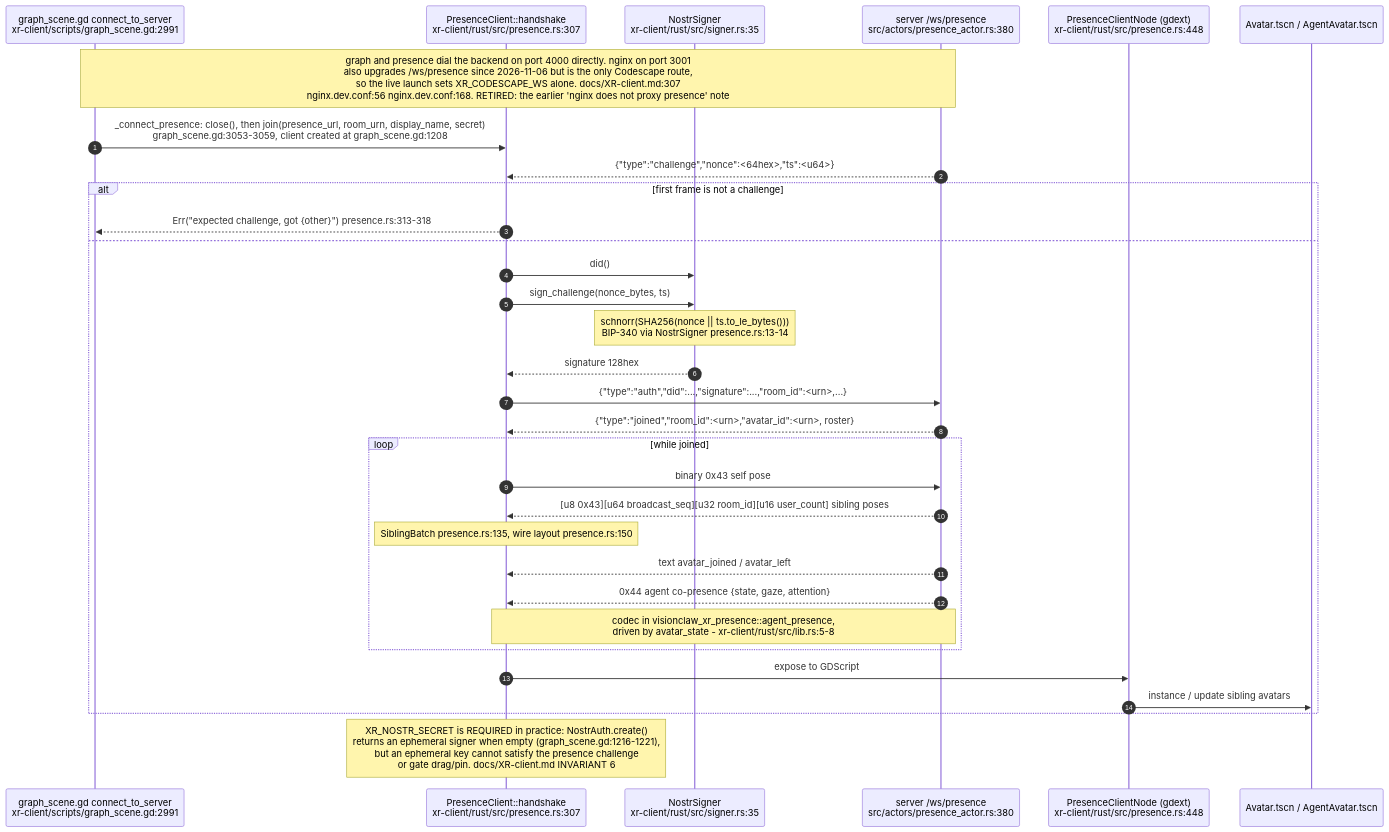
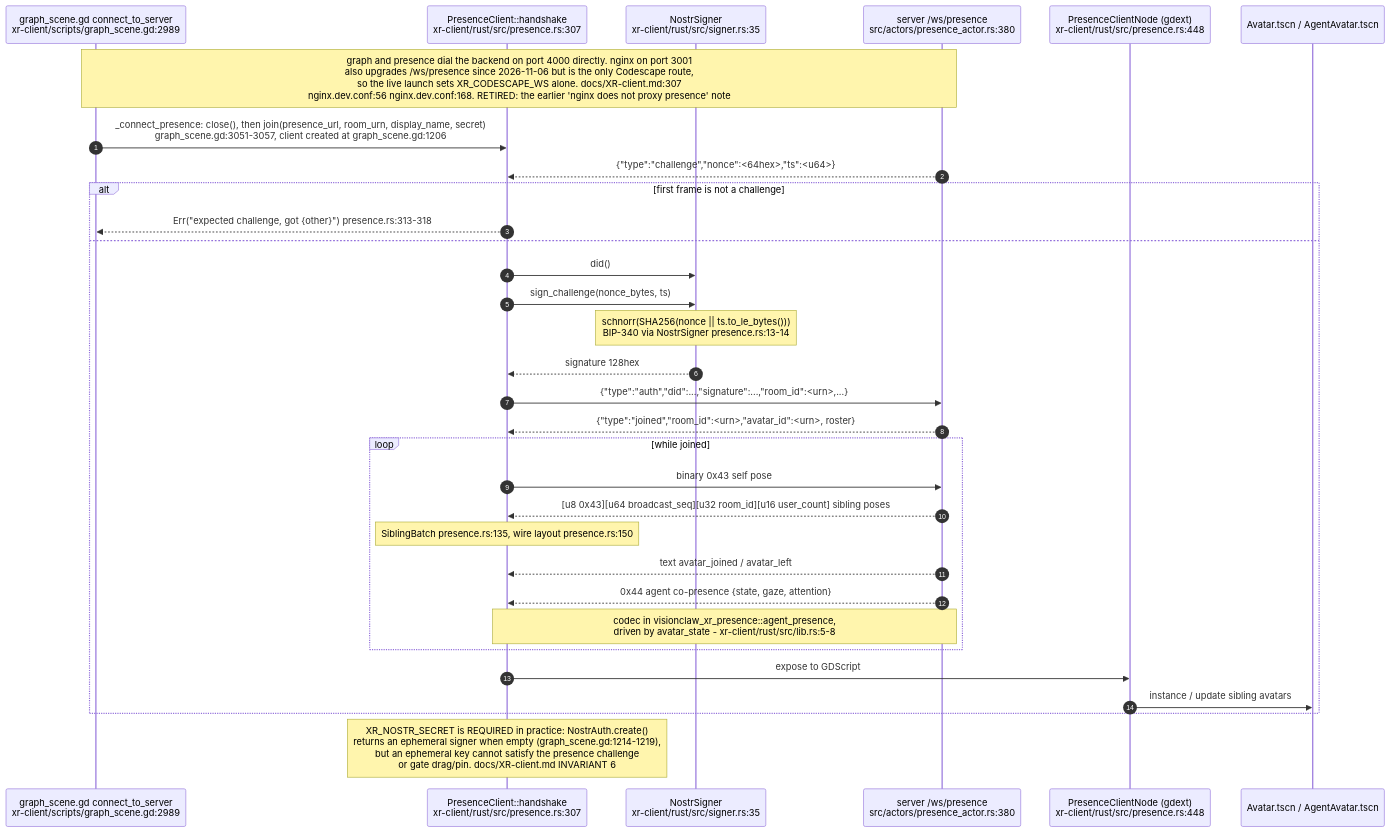
One commit to DreamLab-AI/VisionFlow changed the tenth of 30 diagrams in docs/diagrams/visionclaw/36-godot-xr-client.md. Above: the diagram before and after it, drawn with Mermaid. The commit also changed other lines of this file and 7 other files, not shown here.

First line of the commit message:
diagrams(visionclaw): re-verify VC-34 to VC-40 and VC-42 at visionclaw 4900ec6, agentbox 59b1aca

````diff
--- a/docs/diagrams/visionclaw/36-godot-xr-client.md
+++ b/docs/diagrams/visionclaw/36-godot-xr-client.md
@@ -608,35 +608,35 @@
 ```mermaid
 sequenceDiagram
     autonumber
-    participant GS as graph_scene.gd connect_to_server<br/>xr-client/scripts/graph_scene.gd:2991
+    participant GS as graph_scene.gd connect_to_server<br/>xr-client/scripts/graph_scene.gd:2989
     participant PC as PresenceClient::handshake<br/>xr-client/rust/src/presence.rs:307
     participant SG as NostrSigner<br/>xr-client/rust/src/signer.rs:35
     participant SV as server /ws/presence<br/>src/actors/presence_actor.rs:380
     participant PN as PresenceClientNode (gdext)<br/>xr-client/rust/src/presence.rs:448
     participant AV as Avatar.tscn / AgentAvatar.tscn
 
     Note over GS,SV: graph and presence dial the backend on port 4000 directly. nginx on port 3001<br/>also upgrades /ws/presence since 2026-11-06 but is the only Codescape route,<br/>so the live launch sets XR_CODESCAPE_WS alone. docs/XR-client.md:307<br/>nginx.dev.conf:56 nginx.dev.conf:168. RETIRED: the earlier 'nginx does not proxy presence' note
-    GS->>PC: _connect_presence: close(), then join(presence_url, room_urn, display_name, secret)<br/>graph_scene.gd:3053-3059, client created at graph_scene.gd:1208
+    GS->>PC: _connect_presence: close(), then join(presence_url, room_urn, display_name, secret)<br/>graph_scene.gd:3051-3057, client created at graph_scene.gd:1206
     SV-->>PC: {"type":"challenge","nonce":<64hex>,"ts":<u64>}
     alt first frame is not a challenge
         PC-->>GS: Err("expected challenge, got {other}") presence.rs:313-318
     else
         PC->>SG: did()
         PC->>SG: sign_challenge(nonce_bytes, ts)
         Note over SG: schnorr(SHA256(nonce || ts.to_le_bytes()))<br/>BIP-340 via NostrSigner presence.rs:13-14
         SG-->>PC: signature 128hex
         PC->>SV: {"type":"auth","did":...,"signature":...,"room_id":<urn>,...}
         SV-->>PC: {"type":"joined","room_id":<urn>,"avatar_id":<urn>, roster}
         loop while joined
             PC->>SV: binary 0x43 self pose
             SV-->>PC: [u8 0x43][u64 broadcast_seq][u32 room_id][u16 user_count] sibling poses
             Note over PC: SiblingBatch presence.rs:135, wire layout presence.rs:150
             SV-->>PC: text avatar_joined / avatar_left
             SV-->>PC: 0x44 agent co-presence {state, gaze, attention}
             Note over SV,PC: codec in visionclaw_xr_presence::agent_presence,<br/>driven by avatar_state - xr-client/rust/src/lib.rs:5-8
         end
         PC->>PN: expose to GDScript
         PN->>AV: instance / update sibling avatars
     end
-    Note over PC: XR_NOSTR_SECRET is REQUIRED in practice: NostrAuth.create()<br/>returns an ephemeral signer when empty (graph_scene.gd:1216-1221),<br/>but an ephemeral key cannot satisfy the presence challenge<br/>or gate drag/pin. docs/XR-client.md INVARIANT 6
+    Note over PC: XR_NOSTR_SECRET is REQUIRED in practice: NostrAuth.create()<br/>returns an ephemeral signer when empty (graph_scene.gd:1214-1219),<br/>but an ephemeral key cannot satisfy the presence challenge<br/>or gate drag/pin. docs/XR-client.md INVARIANT 6
 ```
````
